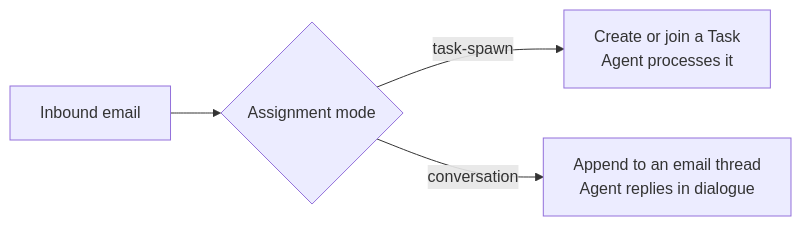
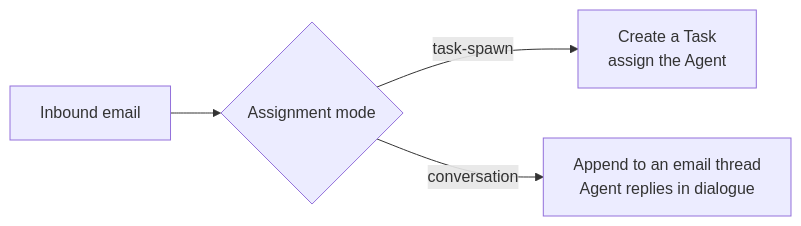
The diagram in docs/features/agent-email.md (ever-works/ever-works), drawn with Mermaid before and after one commit. The commit also changed other lines of this file and 90 other files, not shown here.

````diff
--- a/docs/features/agent-email.md
+++ b/docs/features/agent-email.md
@@ -55,6 +154,6 @@
 ```mermaid
 flowchart LR
     Email[Inbound email] --> D{Assignment mode}
-    D -->|task-spawn| T[Create or join a Task<br/>Agent processes it]
+    D -->|task-spawn| T[Create a Task<br/>assign the Agent]
     D -->|conversation| C[Append to an email thread<br/>Agent replies in dialogue]
 ```
````
